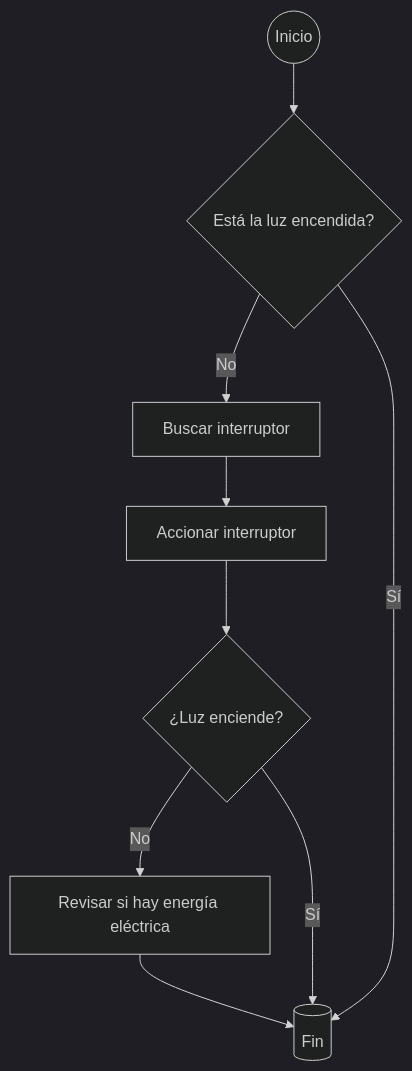
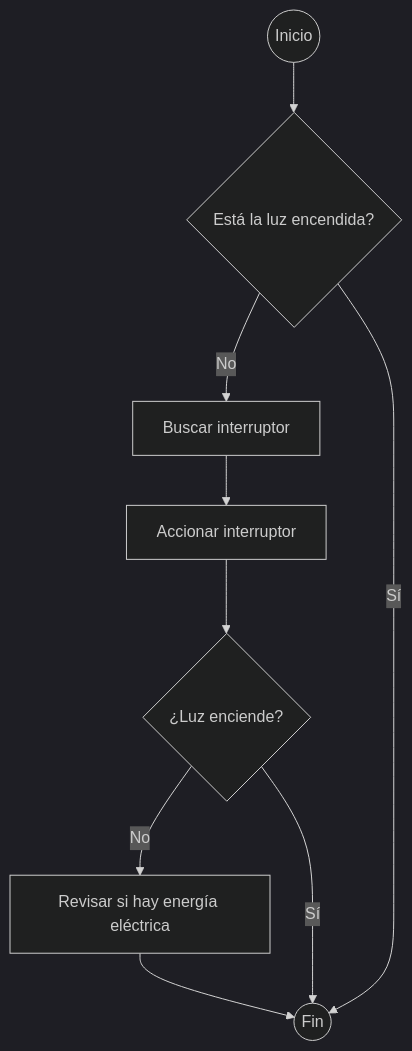
The first of 2 diagrams in DW/1-basico/17.pensamiento-lógico/algoritmos-diagramas-de-flujo/algoritmos-y-diagramas-de-flujo.md (aleroses/Platzi), drawn with Mermaid (dark theme) before and after one commit.

````diff
--- a/DW/1-basico/17.pensamiento-lógico/algoritmos-diagramas-de-flujo/algoritmos-y-diagramas-de-flujo.md
+++ b/DW/1-basico/17.pensamiento-lógico/algoritmos-diagramas-de-flujo/algoritmos-y-diagramas-de-flujo.md
@@ -713,19 +713,19 @@
 ```mermaid
 graph TD
 A((Inicio))
 B{Está la luz encendida?}
 C[Buscar interruptor]
 D[Accionar interruptor]
 E{¿Luz enciende?}
 F[Revisar si hay energía eléctrica]
-G[(Fin)]
+G((Fin))
 
 A --> B
 B -- No --> C
 C --> D
 D --> E
 E -- No --> F
 F --> G
 E -- Sí --> G
 B -- Sí --> G
 ```
````
